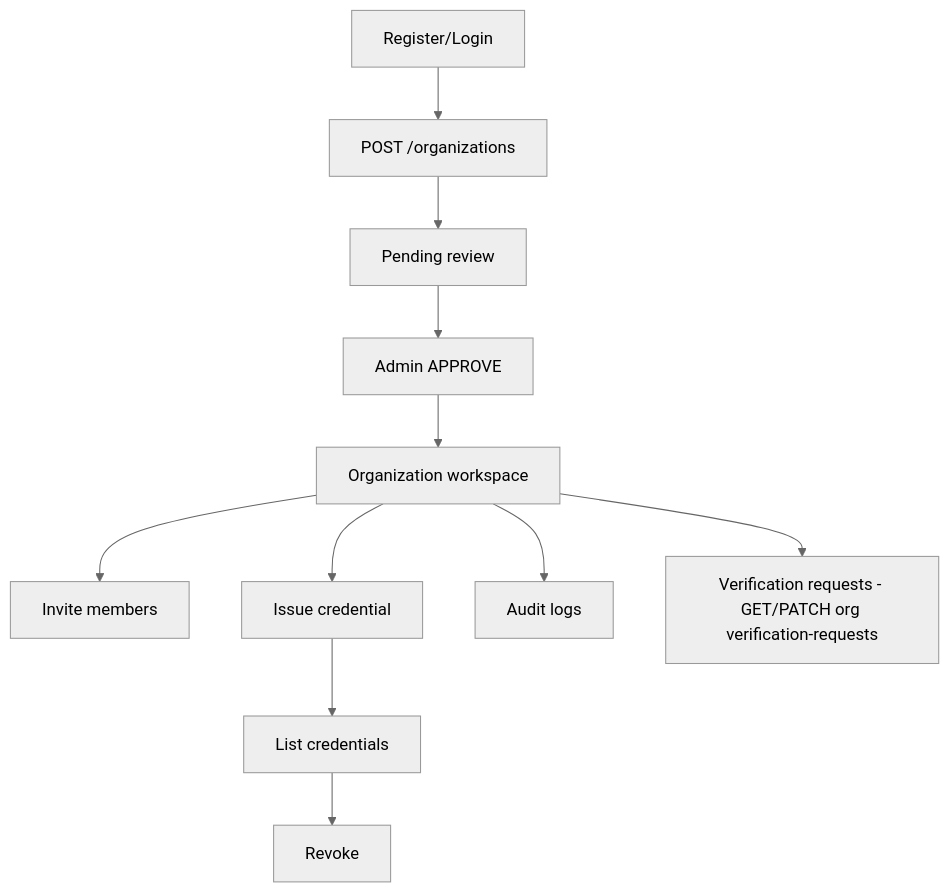
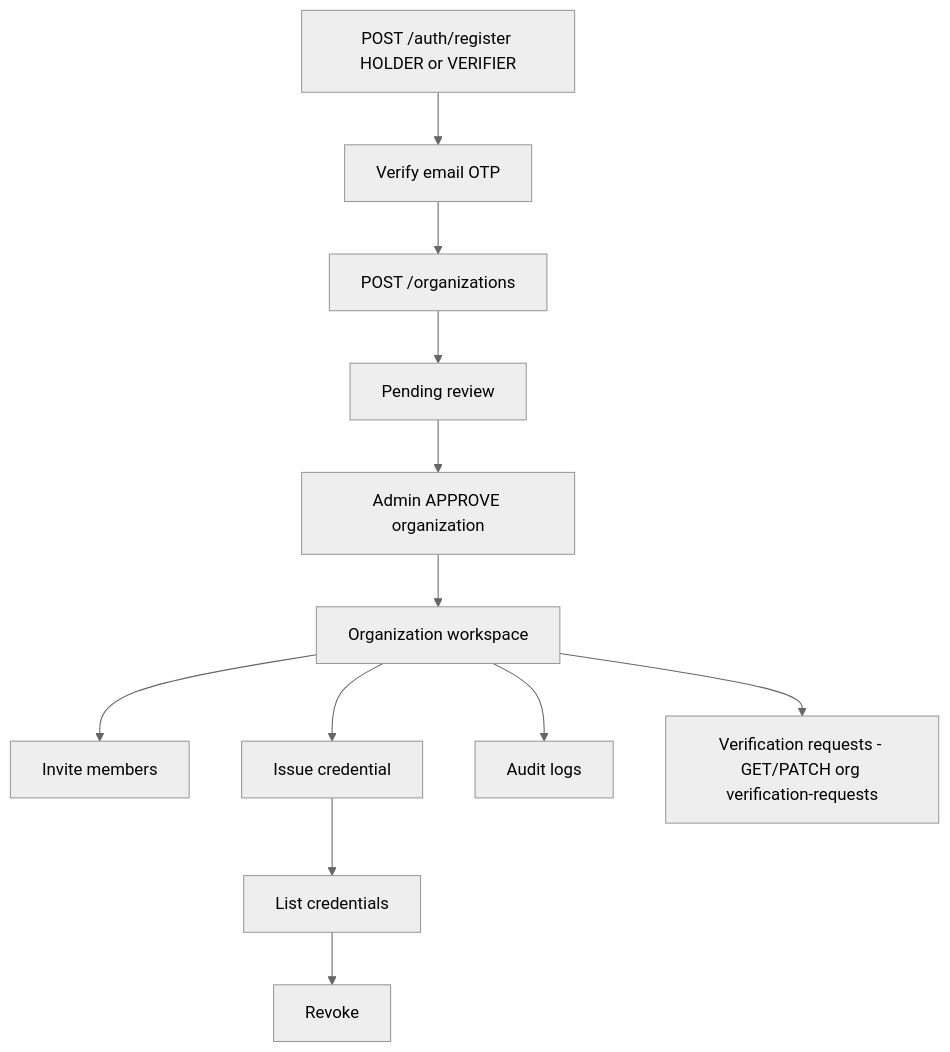
Before and after one commit to verifieddoc-team/verifieddoc-platform: the fourth of 4 diagrams in docs/FIGMA-USER-FLOW.md, drawn with Mermaid (neutral theme). The commit also changed other lines of this file and 5 other files, not shown here.

````diff
--- a/docs/FIGMA-USER-FLOW.md
+++ b/docs/FIGMA-USER-FLOW.md
@@ -395,13 +395,14 @@
 ```mermaid
 flowchart TD
-  L[Register/Login] --> A[POST /organizations]
+  R[POST /auth/register HOLDER or VERIFIER] --> V[Verify email OTP]
+  V --> A[POST /organizations]
   A --> P[Pending review]
-  P --> APR[Admin APPROVE]
+  P --> APR[Admin APPROVE organization]
   APR --> W[Organization workspace]
   W --> INV[Invite members]
   W --> ISS[Issue credential]
   ISS --> LIST[List credentials]
   LIST --> REV[Revoke]
   W --> AUD[Audit logs]
   W --> VR[Verification requests - GET/PATCH org verification-requests]
 ```
````
